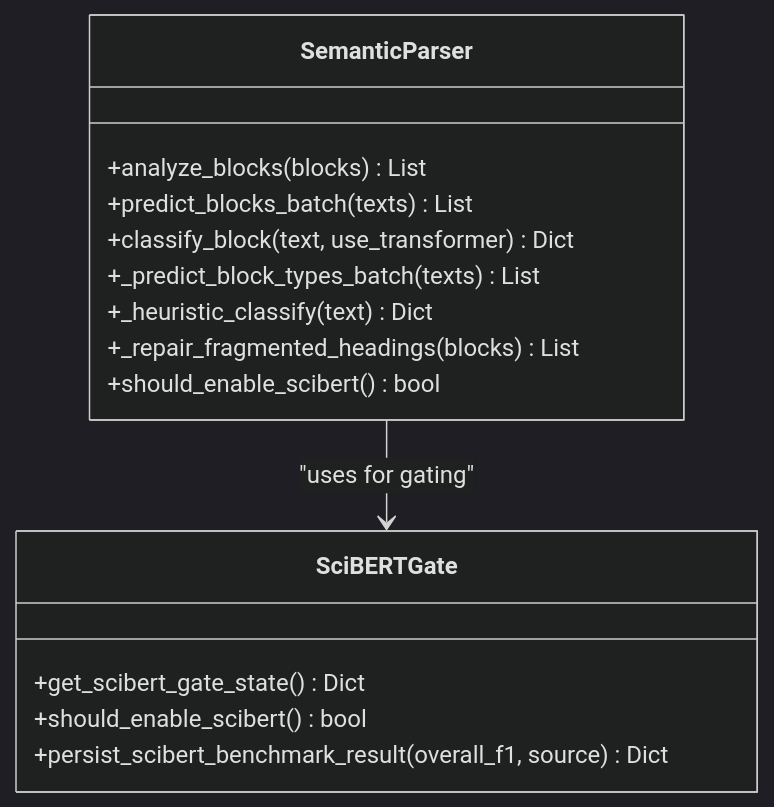
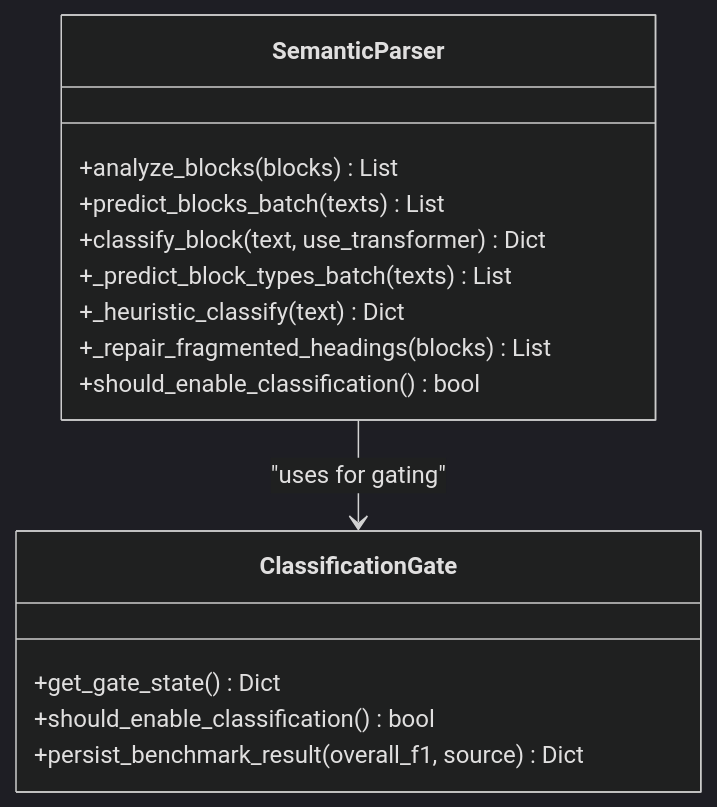
Before and after one commit to rohitkumarnaidu/ScholarFormAI: the eighth of 12 diagrams in .docs/content/AI_ML Integration/AI_ML Integration.md, drawn with Mermaid (dark theme). The commit also changed other lines of this file and 4 other files, not shown here.

````diff
--- a/.docs/content/AI_ML Integration/AI_ML Integration.md
+++ b/.docs/content/AI_ML Integration/AI_ML Integration.md
@@ -329,18 +329,18 @@
 ```mermaid
 classDiagram
 class SemanticParser {
 +analyze_blocks(blocks) List
 +predict_blocks_batch(texts) List
 +classify_block(text, use_transformer) Dict
 +_predict_block_types_batch(texts) List
 +_heuristic_classify(text) Dict
 +_repair_fragmented_headings(blocks) List
-+should_enable_scibert() bool
++should_enable_classification() bool
 }
-class SciBERTGate {
-+get_scibert_gate_state() Dict
-+should_enable_scibert() bool
-+persist_scibert_benchmark_result(overall_f1, source) Dict
+class ClassificationGate {
++get_gate_state() Dict
++should_enable_classification() bool
++persist_benchmark_result(overall_f1, source) Dict
 }
-SemanticParser --> SciBERTGate : "uses for gating"
+SemanticParser --> ClassificationGate : "uses for gating"
 ```
````
